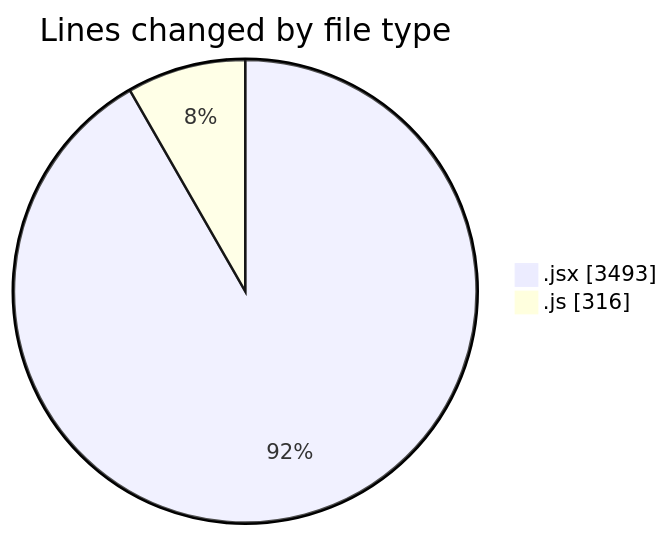
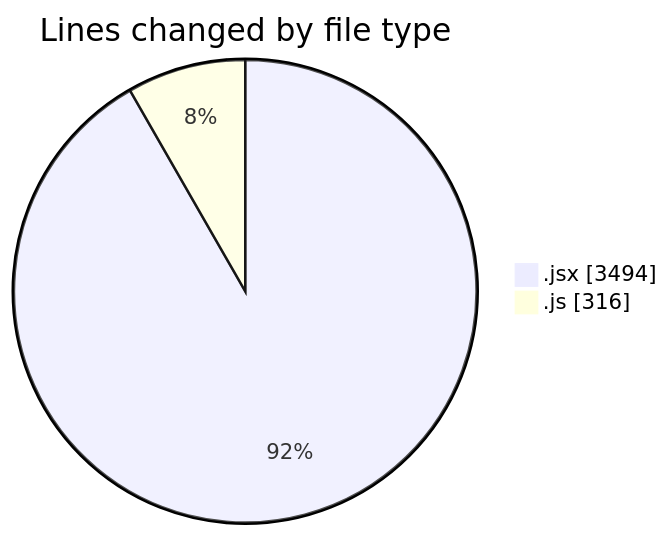
The first of 2 diagrams in 2025-07-13/argos/README.md (nxtqubesakshisongat/code-tracking), drawn with Mermaid before and after one commit. The commit also changed other lines of this file and 1 other file, not shown here.

````diff
--- a/2025-07-13/argos/README.md
+++ b/2025-07-13/argos/README.md
@@ -22,6 +22,6 @@
 ```mermaid
 pie showData
 title Lines changed by file type
-".jsx" : 3493
+".jsx" : 3494
 ".js" : 316
 ```
````
